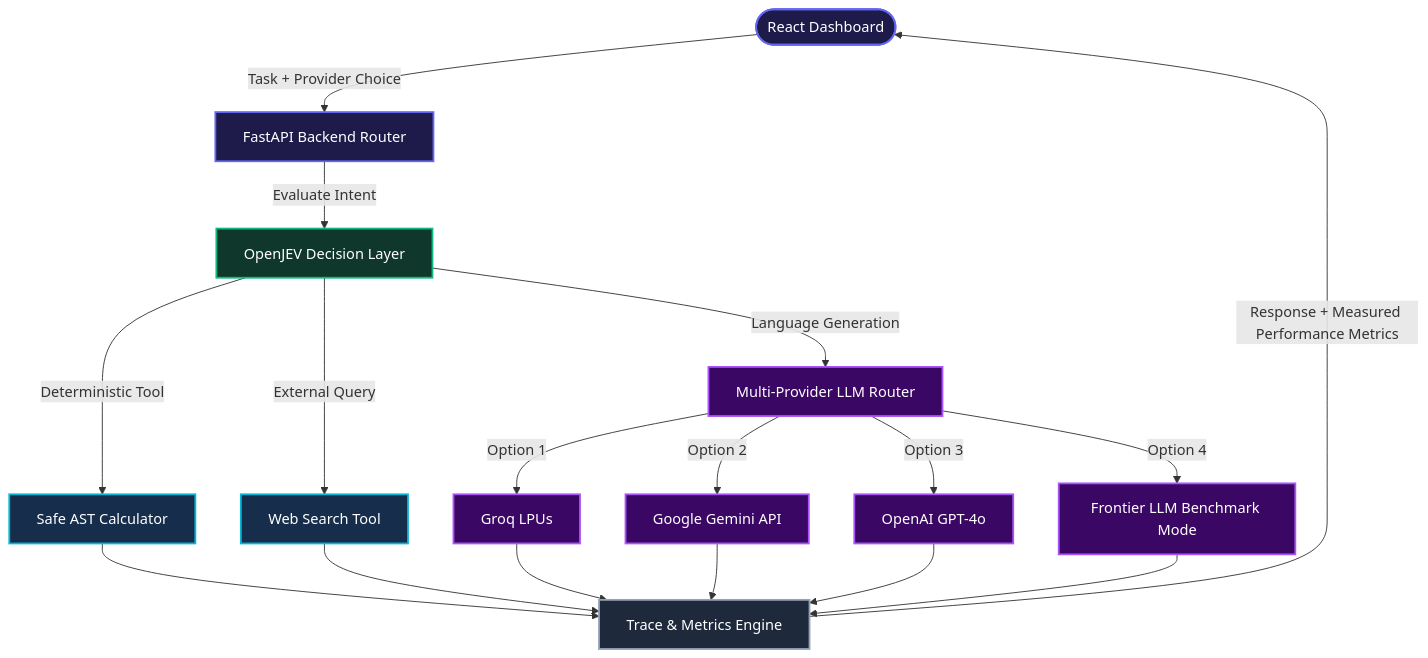
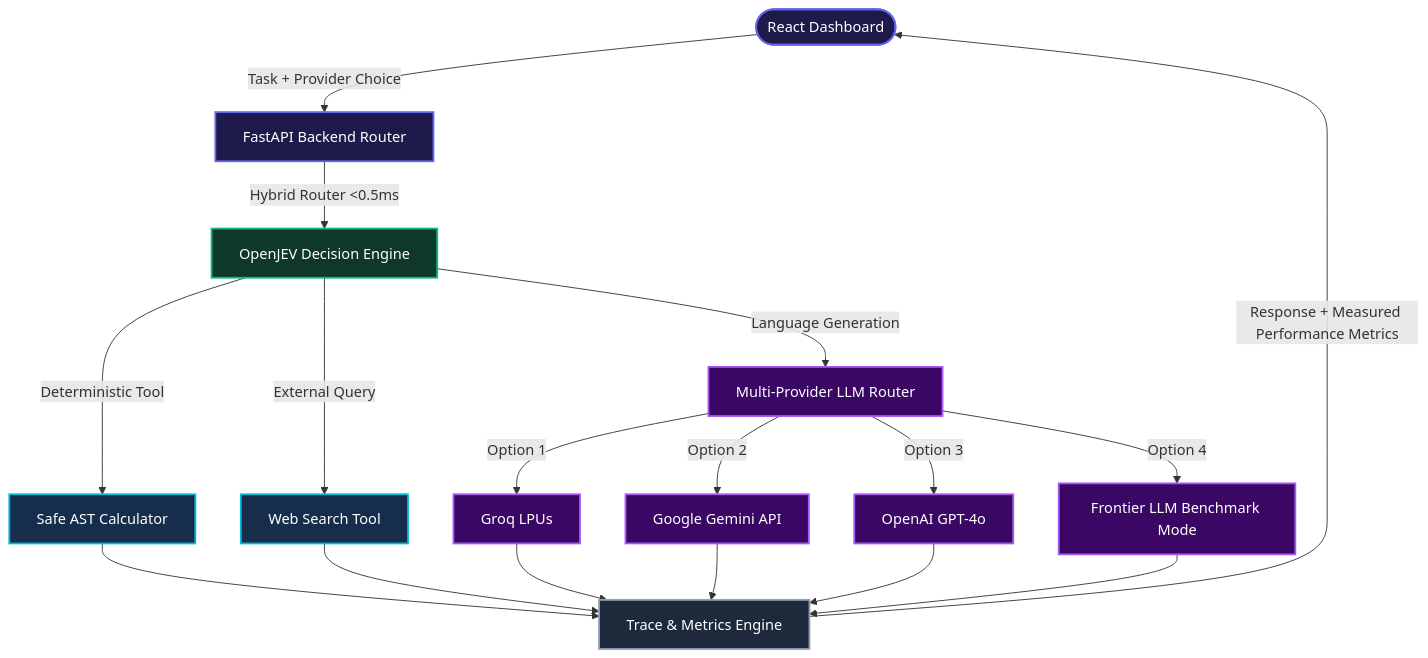
Before and after one commit to pranav-gaonkar/AI-Token-Guardian: the diagram in README.md, drawn with Mermaid. The commit also changed other lines of this file and 2 other files, not shown here.

Commit message:
Optimize decision router with Fast-Path intent classification & concise context formatting

````diff
--- a/README.md
+++ b/README.md
@@ -27,29 +27,29 @@
 ```mermaid
 graph TD
     classDef client fill:#1e1b4b,stroke:#6366f1,stroke-width:2px,color:#fff;
     classDef decision fill:#0f372b,stroke:#10b981,stroke-width:2px,color:#fff;
     classDef tool fill:#162e4c,stroke:#06b6d4,stroke-width:2px,color:#fff;
     classDef llm fill:#3b0764,stroke:#a855f7,stroke-width:2px,color:#fff;
     classDef output fill:#1e293b,stroke:#94a3b8,stroke-width:2px,color:#fff;
 
     User([React Dashboard]):::client -->|Task + Provider Choice| API[FastAPI Backend Router]:::client
-    API -->|Evaluate Intent| DecisionEngine[OpenJEV Decision Layer]:::decision
+    API -->|Hybrid Router <0.5ms| DecisionEngine[OpenJEV Decision Engine]:::decision
     
     DecisionEngine -->|Deterministic Tool| Calc[Safe AST Calculator]:::tool
     DecisionEngine -->|External Query| Search[Web Search Tool]:::tool
     DecisionEngine -->|Language Generation| MultiLLM[Multi-Provider LLM Router]:::llm
 
     MultiLLM -->|Option 1| Groq[Groq LPUs]:::llm
     MultiLLM -->|Option 2| Gemini[Google Gemini API]:::llm
     MultiLLM -->|Option 3| OpenAI[OpenAI GPT-4o]:::llm
     MultiLLM -->|Option 4| FrontierSim[Frontier LLM Benchmark Mode]:::llm
 
     Calc --> Collector[Trace & Metrics Engine]:::output
     Search --> Collector
     Groq --> Collector
     Gemini --> Collector
     OpenAI --> Collector
     FrontierSim --> Collector
     
     Collector -->|Response + Measured Performance Metrics| User
 ```
````
